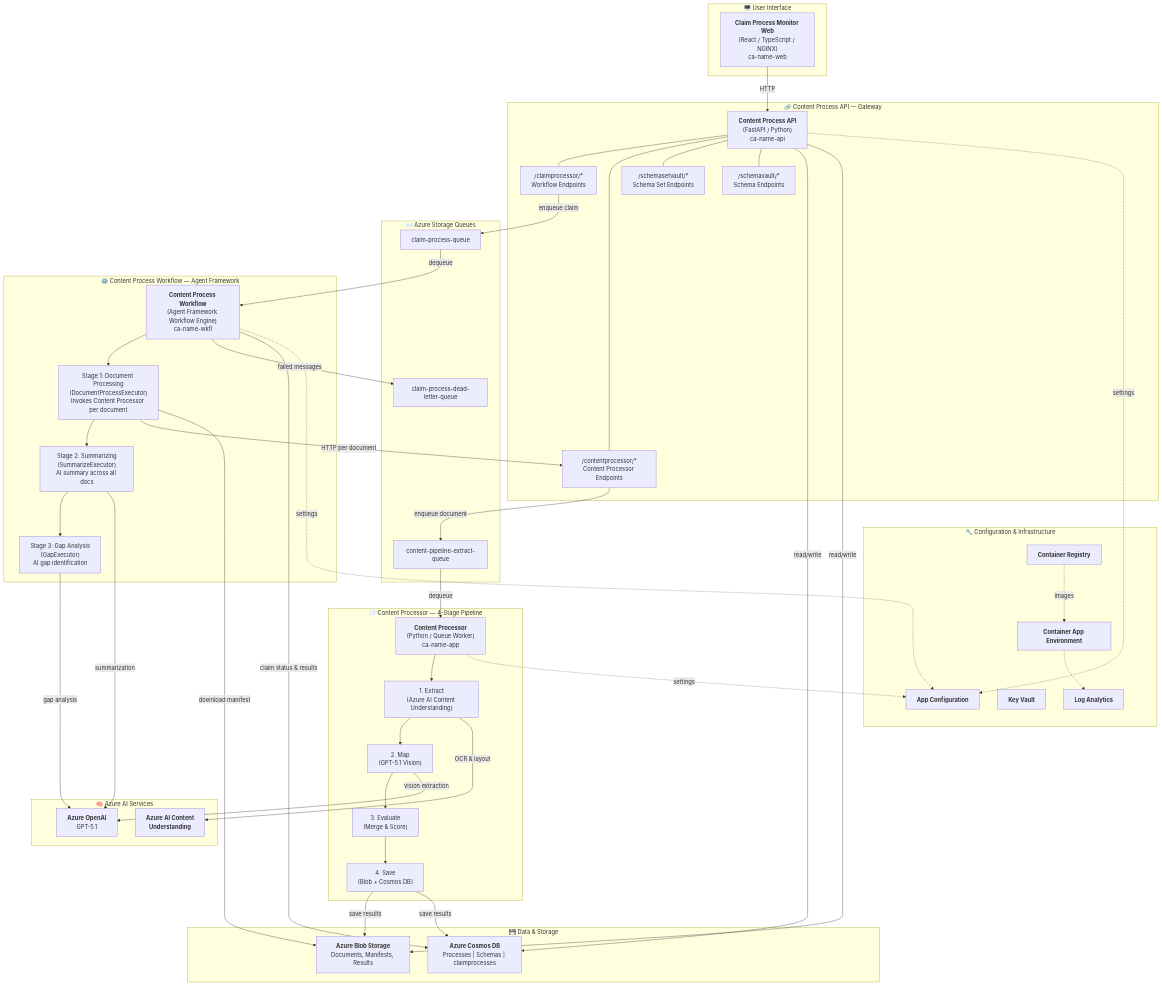
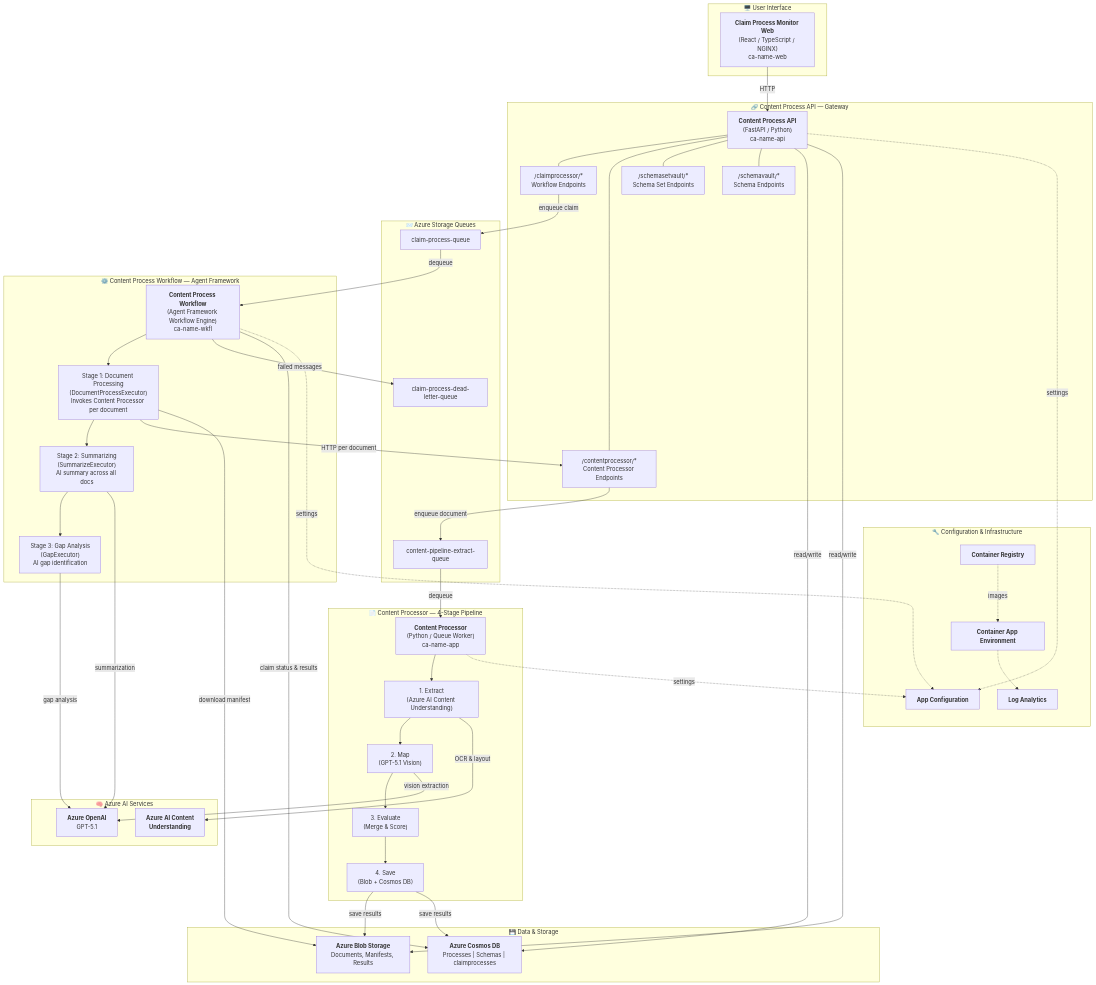
One commit to microsoft/content-processing-solution-accelerator changed the first of 2 diagrams in README.md. Above: the diagram before and after it, drawn with Mermaid. The commit also changed other lines of this file and 5 other files, not shown here.

Commit message:
Fix doc-code alignment: sample data refs, schema list, Key Vault, Cosmos DB and Blob defaults

```diff
--- a/README.md
+++ b/README.md
@@ -92,7 +92,6 @@
 
     subgraph Config["🔧 Configuration & Infrastructure"]
         APPCONFIG["<b>App Configuration</b>"]
-        KV["<b>Key Vault</b>"]
         ACR["<b>Container Registry</b>"]
         CAE["<b>Container App Environment</b>"]
         LOG["<b>Log Analytics</b>"]
```
